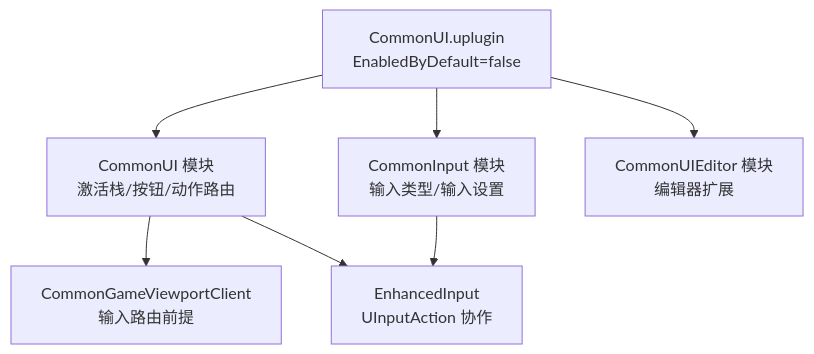
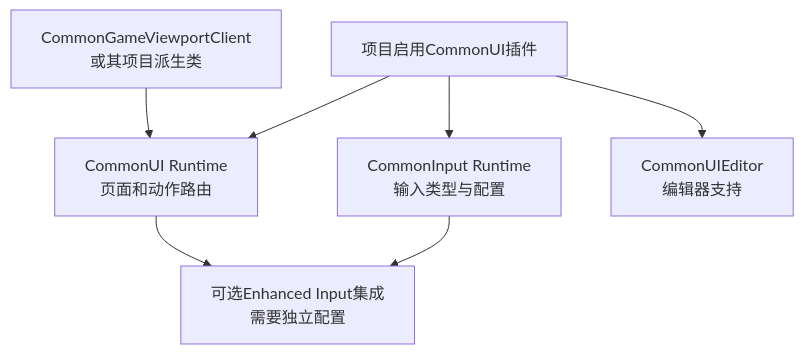
The second of 3 diagrams in 知识/05-Gameplay与交互系统/界面设置与无障碍/07-CommonUI输入路由与焦点管理.md (fantuan812/learning), drawn with Mermaid before and after one commit. The commit also changed other lines of this file and 2 other files, not shown here.

````diff
--- a/知识/05-Gameplay与交互系统/界面设置与无障碍/07-CommonUI输入路由与焦点管理.md
+++ b/知识/05-Gameplay与交互系统/界面设置与无障碍/07-CommonUI输入路由与焦点管理.md
@@ -49,9 +199,9 @@
 ```mermaid
 flowchart TD
-    A[CommonUI.uplugin<br/>EnabledByDefault=false] --> B[CommonUI 模块<br/>激活栈/按钮/动作路由]
-    A --> C[CommonInput 模块<br/>输入类型/输入设置]
-    A --> D[CommonUIEditor 模块<br/>编辑器扩展]
-    B --> E[CommonGameViewportClient<br/>输入路由前提]
-    B --> F[EnhancedInput<br/>UInputAction 协作]
+    A[项目启用CommonUI插件] --> B[CommonUI Runtime<br/>页面和动作路由]
+    A --> C[CommonInput Runtime<br/>输入类型与配置]
+    A --> D[CommonUIEditor<br/>编辑器支持]
+    E[CommonGameViewportClient<br/>或其项目派生类] --> B
+    B --> F[可选Enhanced Input集成<br/>需要独立配置]
     C --> F
 ```
````
